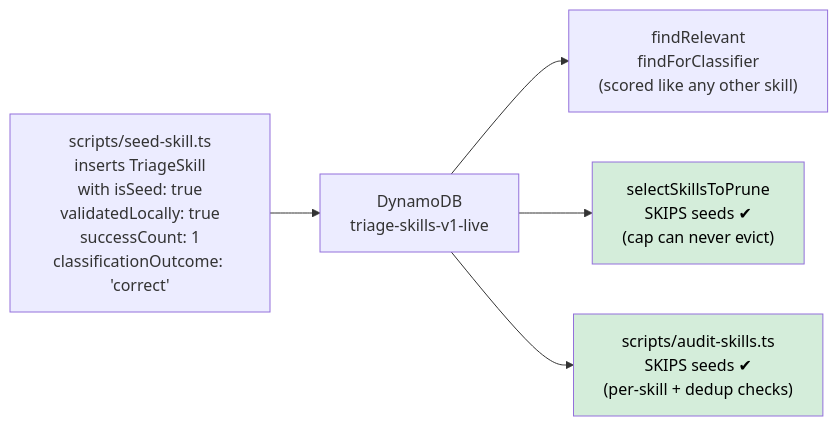
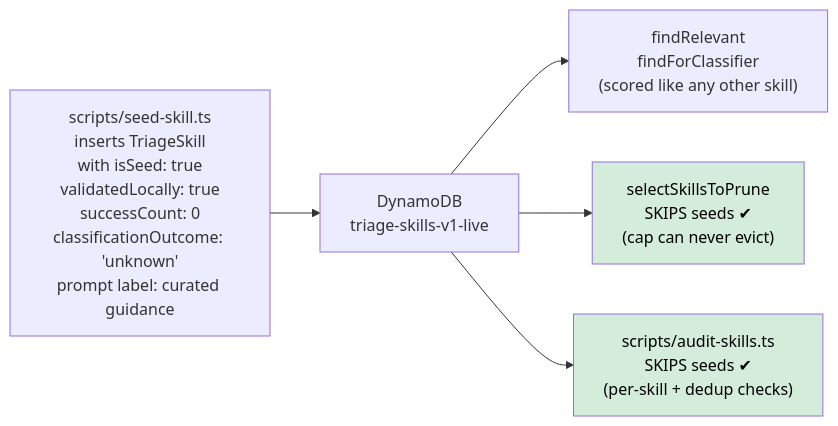
One commit to adept-at/adept-triage-agent changed the eighth of 10 diagrams in docs/agent-workflow-flowchart.md. Above: the diagram before and after it, drawn with Mermaid. The commit also changed other lines of this file and 67 other files, not shown here.

````diff
--- a/docs/agent-workflow-flowchart.md
+++ b/docs/agent-workflow-flowchart.md
@@ -298,13 +298,13 @@
 ```mermaid
 flowchart LR
-    SEED["scripts/seed-skill.ts<br/>inserts TriageSkill<br/>with isSeed: true<br/>validatedLocally: true<br/>successCount: 1<br/>classificationOutcome: 'correct'"]
+    SEED["scripts/seed-skill.ts<br/>inserts TriageSkill<br/>with isSeed: true<br/>validatedLocally: true<br/>successCount: 0<br/>classificationOutcome: 'unknown'<br/>prompt label: curated guidance"]
 
     SEED --> DYNAMO["DynamoDB<br/>triage-skills-v1-live"]
 
     DYNAMO --> RETRIEVAL["findRelevant<br/>findForClassifier<br/>(scored like any other skill)"]
     DYNAMO --> PRUNE["selectSkillsToPrune<br/>SKIPS seeds ✔<br/>(cap can never evict)"]
     DYNAMO --> AUDIT["scripts/audit-skills.ts<br/>SKIPS seeds ✔<br/>(per-skill + dedup checks)"]
 
     style PRUNE fill:#d4edda,color:#000
     style AUDIT fill:#d4edda,color:#000
 ```
````
